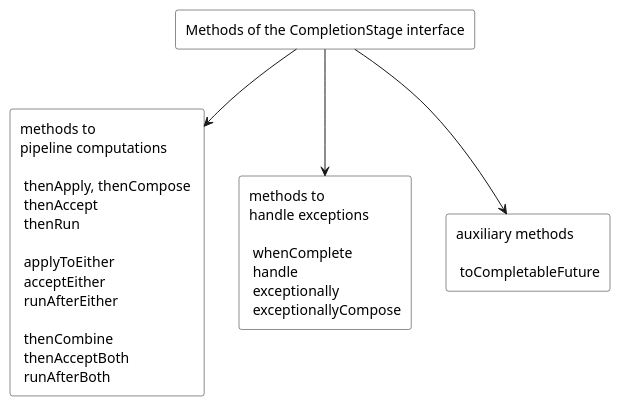
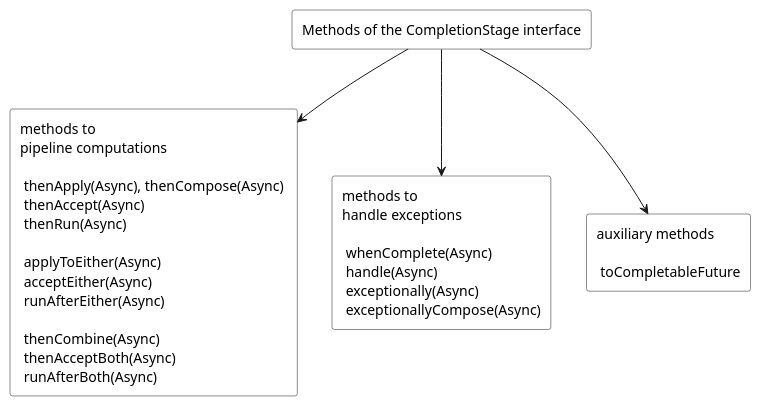
The diagram in images/methods of the CompletionStage interface.puml (ti-cortex-m4/demo-java-completablefuture), drawn with PlantUML before and after one commit.

```diff
--- a/images/methods of the CompletionStage interface.puml
+++ b/images/methods of the CompletionStage interface.puml
@@ -1,16 +1,16 @@
 @startuml
 
 scale 1.0
 skinparam monochrome true
 skinparam RectangleBackgroundColor white
 
 rectangle "Methods of the CompletionStage interface" as methods
-rectangle "methods to\npipeline computations \n \n thenApply, thenCompose \n thenAccept \n thenRun \n \n applyToEither \n acceptEither \n runAfterEither \n \n thenCombine \n thenAcceptBoth \n runAfterBoth" as methods1
-rectangle "methods to\nhandle exceptions \n \n whenComplete \n handle \n exceptionally \n exceptionallyCompose" as methods2
+rectangle "methods to\npipeline computations \n \n thenApply(Async), thenCompose(Async) \n thenAccept(Async) \n thenRun(Async) \n \n applyToEither(Async) \n acceptEither(Async) \n runAfterEither(Async) \n \n thenCombine(Async) \n thenAcceptBoth(Async) \n runAfterBoth(Async)" as methods1
+rectangle "methods to\nhandle exceptions \n \n whenComplete(Async) \n handle(Async) \n exceptionally(Async) \n exceptionallyCompose(Async)" as methods2
 rectangle "auxiliary methods \n \n toCompletableFuture" as methods3
 
 methods --> methods1
 methods --> methods2
 methods --> methods3
 
 @enduml
```
